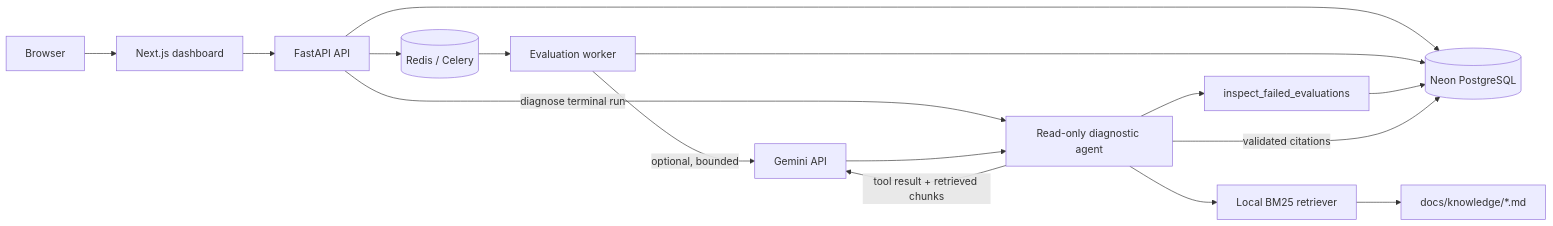
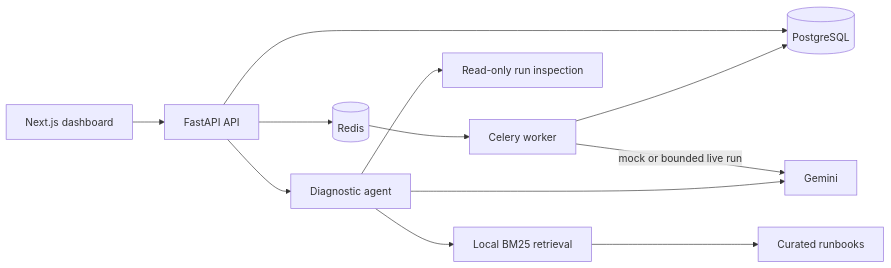
The diagram in README.md (MarvelousJade/evalpulse), drawn with Mermaid before and after one commit. The commit also changed other lines of this file, not shown here.

````diff
--- a/README.md
+++ b/README.md
@@ -46,19 +30,13 @@
 ```mermaid
 flowchart LR
-  Browser --> Web[Next.js dashboard]
-  Web --> API[FastAPI API]
-  API --> DB[(Neon PostgreSQL)]
-  API --> Queue[(Redis / Celery)]
-  Queue --> Worker[Evaluation worker]
+  UI[Next.js dashboard] --> API[FastAPI API]
+  API --> DB[(PostgreSQL)]
+  API --> Queue[(Redis)] --> Worker[Celery worker]
+  Worker -->|mock or bounded live run| Gemini[Gemini]
   Worker --> DB
-  Worker -->|optional, bounded| Gemini[Gemini API]
-
-  API -->|diagnose terminal run| Agent[Read-only diagnostic agent]
-  Agent --> Tool[inspect_failed_evaluations]
-  Tool --> DB
-  Agent --> Retriever[Local BM25 retriever]
-  Retriever --> Runbooks[docs/knowledge/*.md]
-  Agent -->|tool result + retrieved chunks| Gemini
-  Gemini --> Agent
-  Agent -->|validated citations| DB
+  API --> Agent[Diagnostic agent]
+  Agent --> Tool[Read-only run inspection]
+  Agent --> RAG[Local BM25 retrieval]
+  RAG --> Docs[Curated runbooks]
+  Agent --> Gemini
 ```
````
